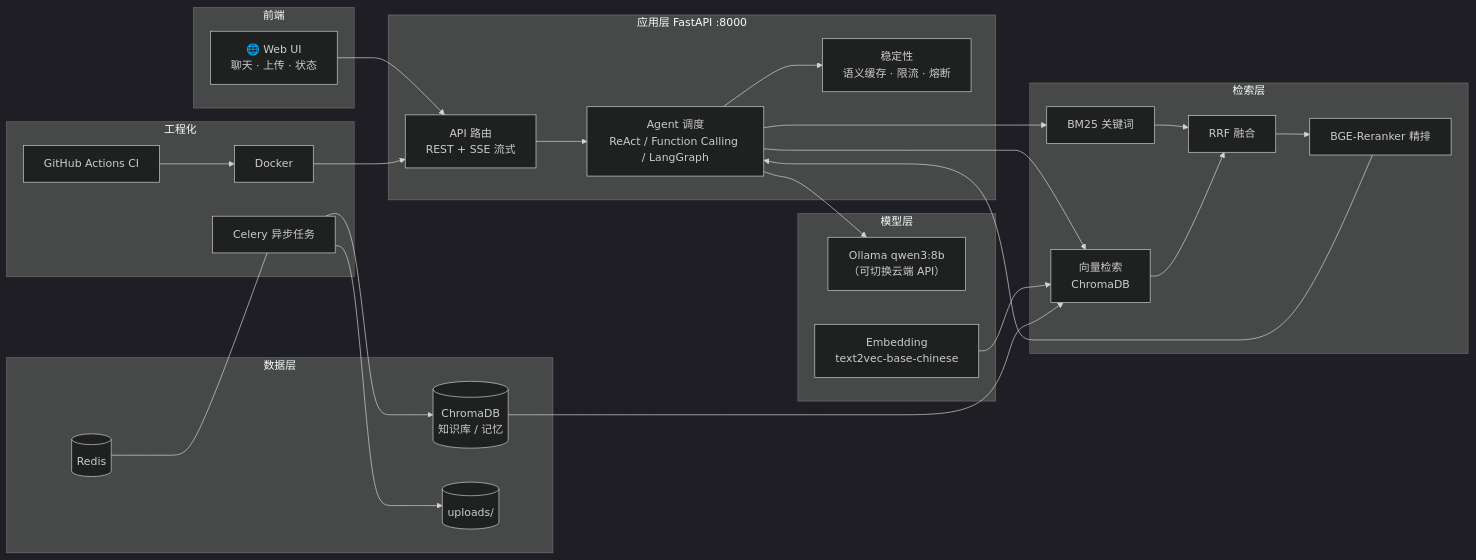
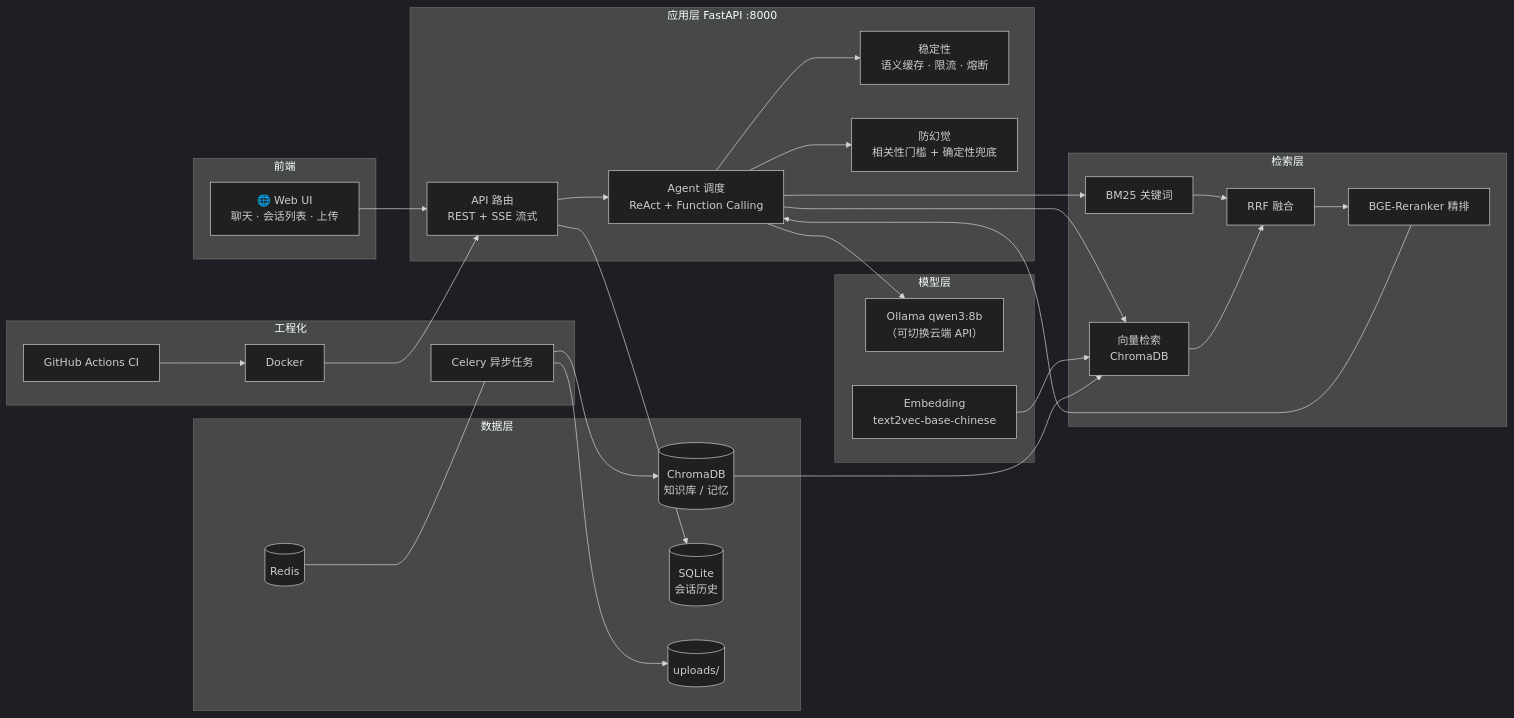
One commit to 2766rose/ai_learning changed the diagram in README.md. Above: the diagram before and after it, drawn with Mermaid (dark theme). The commit also changed other lines of this file, not shown here.

````diff
--- a/README.md
+++ b/README.md
@@ -22,49 +25,53 @@
 ```mermaid
 flowchart LR
     subgraph 前端
-        UI["🌐 Web UI<br/>聊天 · 上传 · 状态"]
+        UI["🌐 Web UI<br/>聊天 · 会话列表 · 上传"]
     end
     subgraph 应用层["应用层 FastAPI :8000"]
         API["API 路由<br/>REST + SSE 流式"]
-        AGENT["Agent 调度<br/>ReAct / Function Calling / LangGraph"]
+        AGENT["Agent 调度<br/>ReAct + Function Calling"]
         STABLE["稳定性<br/>语义缓存 · 限流 · 熔断"]
+        GUARD["防幻觉<br/>相关性门槛 + 确定性兜底"]
     end
     subgraph 检索层["检索层"]
         BM25["BM25 关键词"]
         VEC["向量检索<br/>ChromaDB"]
         RRF["RRF 融合"]
         RERANK["BGE-Reranker 精排"]
     end
     subgraph 模型层["模型层"]
         LLM["Ollama qwen3:8b<br/>（可切换云端 API）"]
         EMB["Embedding<br/>text2vec-base-chinese"]
     end
     subgraph 数据层["数据层"]
         REDIS[("Redis")]
         CHROMA[("ChromaDB<br/>知识库 / 记忆")]
+        SQLITE[("SQLite<br/>会话历史")]
         UPLOAD[("uploads/")]
     end
     subgraph 工程化["工程化"]
         CELERY["Celery 异步任务"]
         DOCKER["Docker"]
         CI["GitHub Actions CI"]
     end
 
     UI --> API
     API --> AGENT
     AGENT --> STABLE
+    AGENT --> GUARD
     AGENT --> BM25
     AGENT --> VEC
     BM25 --> RRF
     VEC --> RRF
     RRF --> RERANK
     RERANK --> AGENT
     AGENT --> LLM
     EMB --> VEC
+    API --> SQLITE
     CELERY --> UPLOAD
     CELERY --> CHROMA
     CHROMA --> VEC
     REDIS --- CELERY
     DOCKER --> API
     CI --> DOCKER
 ```
````
